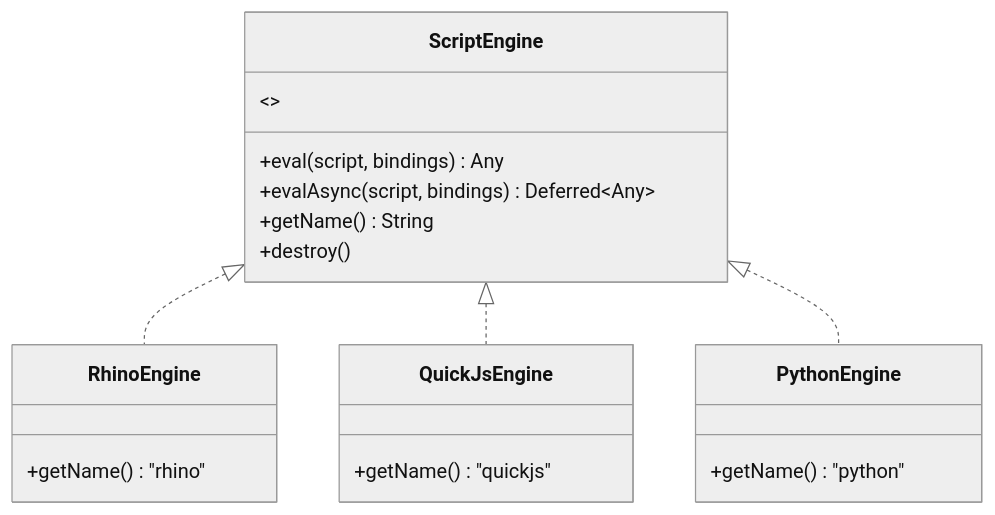
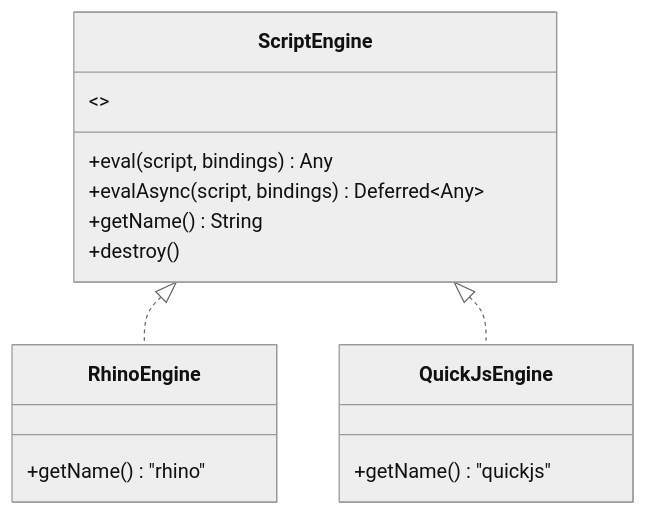
Before and after one commit to legado-backup/legado-m: the third of 9 diagrams in docs/specs/tvbox-optimization/design.md, drawn with Mermaid (neutral theme). The commit also changed other lines of this file and 55 other files, not shown here.

````diff
--- a/docs/specs/tvbox-optimization/design.md
+++ b/docs/specs/tvbox-optimization/design.md
@@ -138,22 +138,18 @@
 ```mermaid
 classDiagram
     class ScriptEngine {
         <>
         +eval(script, bindings) Any
         +evalAsync(script, bindings) Deferred~Any~
         +getName() String
         +destroy()
     }
     class RhinoEngine {
         +getName() "rhino"
     }
     class QuickJsEngine {
         +getName() "quickjs"
     }
-    class PythonEngine {
-        +getName() "python"
-    }
     ScriptEngine <|.. RhinoEngine
     ScriptEngine <|.. QuickJsEngine
-    ScriptEngine <|.. PythonEngine
 ```
````
